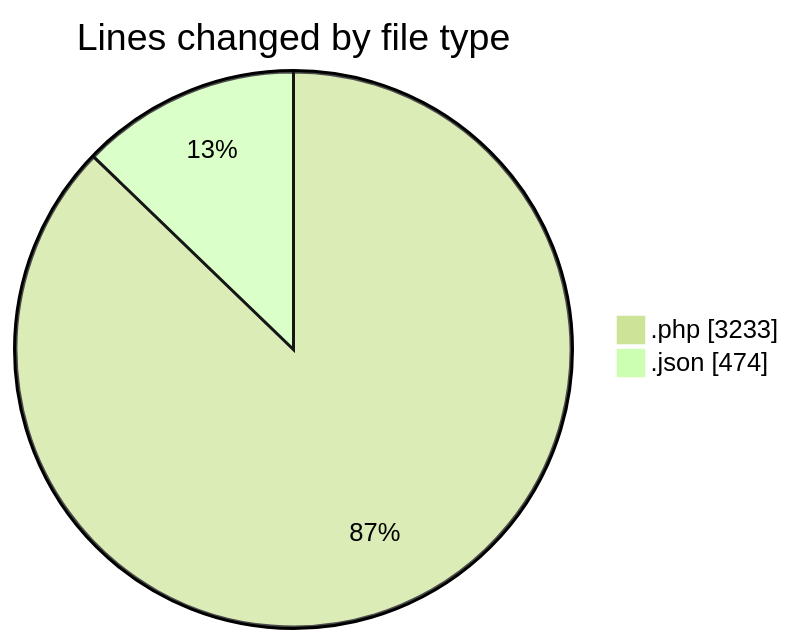
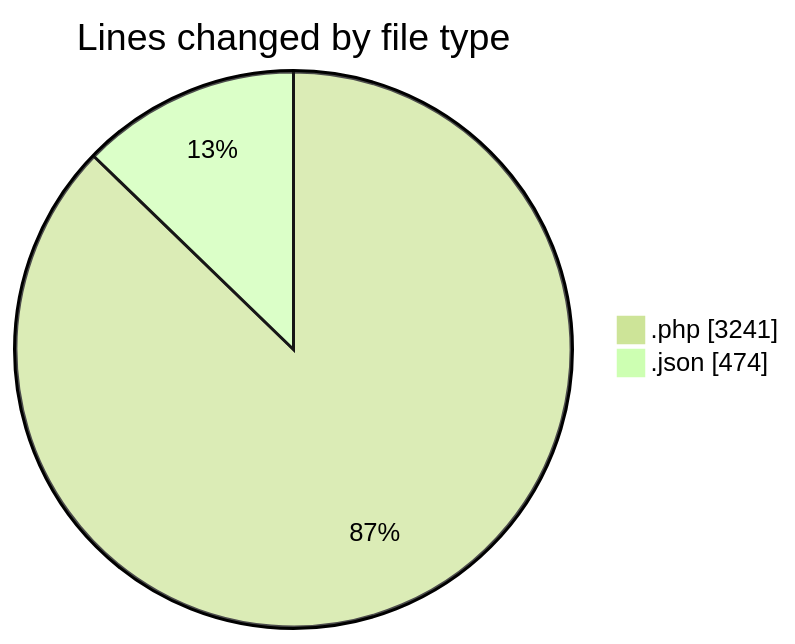
Before and after one commit to idhammustaqopulfikri/code-tracking: the first of 2 diagrams in 2025-06-16/studio-backend/README.md, drawn with Mermaid (forest theme). The commit also changed other lines of this file and 1 other file, not shown here.

````diff
--- a/2025-06-16/studio-backend/README.md
+++ b/2025-06-16/studio-backend/README.md
@@ -36,6 +36,6 @@
 ```mermaid
 pie showData
 title Lines changed by file type
-".php" : 3233
+".php" : 3241
 ".json" : 474
 ```
````
